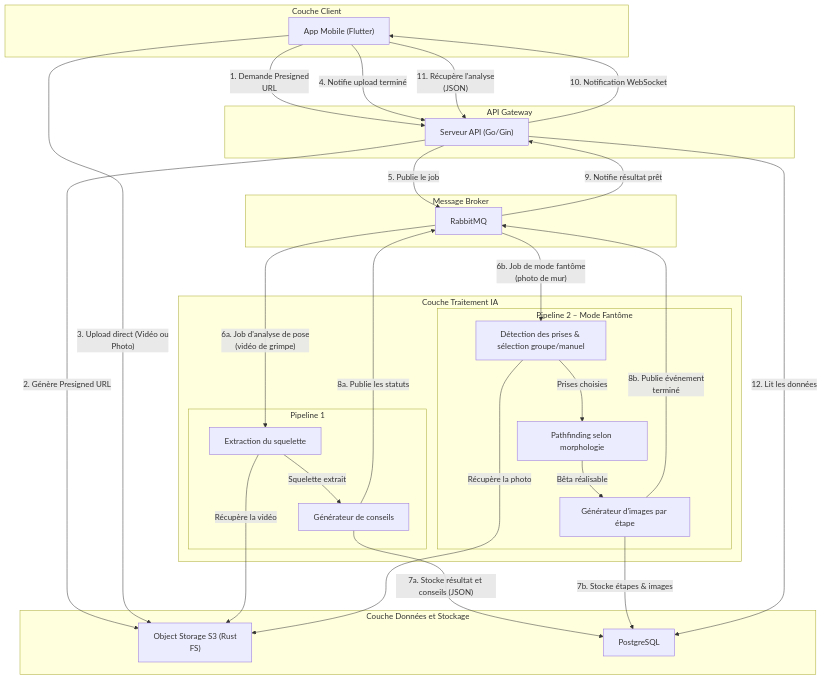
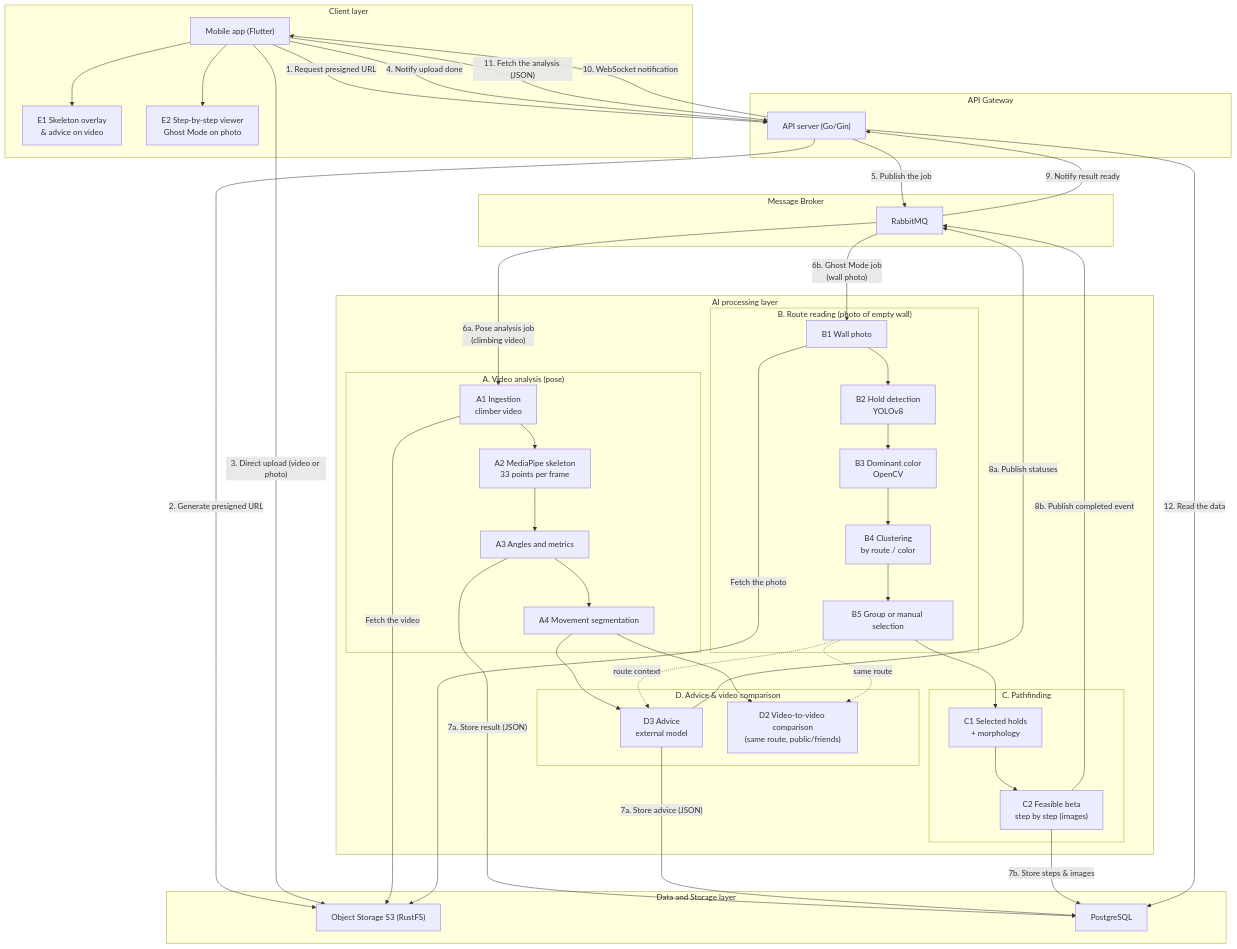
One commit to Ascension-EIP/Ascension changed the diagram in docs/Ascension/developer/apps/ai/overview.md. Above: the diagram before and after it, drawn with Mermaid. The commit also changed other lines of this file and 2 other files, not shown here.

Commit message:
docs(ai): translate the AI docs to English and link both pipelines in the overview diagram
The overview flow diagram now reuses the blocks of the 2D pipeline decomposition and links route reading to the advice and comparison blocks through the route context.

````diff
--- a/docs/Ascension/developer/apps/ai/overview.md
+++ b/docs/Ascension/developer/apps/ai/overview.md
@@ -43,57 +43,77 @@
 ```mermaid
 flowchart TD
-    subgraph Client ["Couche Client"]
-        App["App Mobile (Flutter)"]
+    subgraph Client ["Client layer"]
+        App["Mobile app (Flutter)"]
+        E1["E1 Skeleton overlay<br/>& advice on video"]
+        E2["E2 Step-by-step viewer<br/>Ghost Mode on photo"]
     end
 
     subgraph Gateway ["API Gateway"]
-        API["Serveur API (Go/Gin)"]
+        API["API server (Go/Gin)"]
     end
 
     subgraph Broker ["Message Broker"]
         RMQ["RabbitMQ"]
     end
 
-    subgraph IA ["Couche Traitement IA"]
-        subgraph P1 ["Pipeline 1"]
-            ExtSkel["Extraction du squelette"]
-            GenCons["Générateur de conseils"]
-            ExtSkel -->|"Squelette extrait"| GenCons
+    subgraph IA ["AI processing layer"]
+        subgraph A ["A. Video analysis (pose)"]
+            A1["A1 Ingestion<br/>climber video"] --> A2["A2 MediaPipe skeleton<br/>33 points per frame"]
+            A2 --> A3["A3 Angles and metrics"]
+            A3 --> A4["A4 Movement segmentation"]
         end
 
-        subgraph P2 ["Pipeline 2 – Mode Fantôme"]
-            ExtPrises["Détection des prises & sélection groupe/manuel"]
-            RechChemin["Pathfinding selon morphologie"]
-            GenFantome["Générateur d'images par étape"]
-            ExtPrises -->|"Prises choisies"| RechChemin
-            RechChemin -->|"Bêta réalisable"| GenFantome
+        subgraph D ["D. Advice & video comparison"]
+            D3["D3 Advice<br/>external model"]
+            D2["D2 Video-to-video comparison<br/>(same route, public/friends)"]
         end
+
+        subgraph B ["B. Route reading (photo of empty wall)"]
+            B1["B1 Wall photo"] --> B2["B2 Hold detection<br/>YOLOv8"]
+            B2 --> B3["B3 Dominant color<br/>OpenCV"]
+            B3 --> B4["B4 Clustering<br/>by route / color"]
+            B4 --> B5["B5 Group or manual selection"]
+        end
+
+        subgraph C ["C. Pathfinding"]
+            C1["C1 Selected holds<br/>+ morphology"] --> C2["C2 Feasible beta<br/>step by step (images)"]
+        end
+
+        A4 --> D3
+        A4 --> D2
+        B5 --> C1
+        B5 -.->|"route context"| D3
+        B5 -.->|"same route"| D2
     end
 
-    subgraph Data ["Couche Données et Stockage"]
-        S3["Object Storage S3 (Rust<br/>FS)"]
+    subgraph Data ["Data and Storage layer"]
+        S3["Object Storage S3 (RustFS)"]
         PG["PostgreSQL"]
     end
 
-    %% Flux de communication (1 à 12)
-    App -->|"1. Demande Presigned<br/>URL"| API
-    API -->|"2. Génère Presigned URL"| S3
-    App -->|"3. Upload direct (Vidéo ou<br/>Photo)"| S3
-    App -->|"4. Notifie upload terminé"| API
-    API -->|"5. Publie le job"| RMQ
+    %% Communication flow (1 to 12)
+    App -->|"1. Request presigned URL"| API
+    API -->|"2. Generate presigned URL"| S3
+    App -->|"3. Direct upload (video or photo)"| S3
+    App -->|"4. Notify upload done"| API
+    API -->|"5. Publish the job"| RMQ
 
-    RMQ -->|"6a. Job d'analyse de pose<br/>(vidéo de grimpe)"| ExtSkel
-    ExtSkel -->|"Récupère la vidéo"| S3
-    GenCons -->|"7a. Stocke résultat et conseils (JSON)"| PG
-    GenCons -->|"8a. Publie les statuts"| RMQ
+    RMQ -->|"6a. Pose analysis job<br/>(climbing video)"| A1
+    A1 -->|"Fetch the video"| S3
+    A3 -->|"7a. Store result (JSON)"| PG
+    D3 -->|"7a. Store advice (JSON)"| PG
+    D3 -->|"8a. Publish statuses"| RMQ
 
-    RMQ -->|"6b. Job de mode fantôme<br/>(photo de mur)"| ExtPrises
-    ExtPrises -->|"Récupère la photo"| S3
-    GenFantome -->|"7b. Stocke étapes & images"| PG
-    GenFantome -->|"8b. Publie événement<br/>terminé"| RMQ
+    RMQ -->|"6b. Ghost Mode job<br/>(wall photo)"| B1
+    B1 -->|"Fetch the photo"| S3
+    C2 -->|"7b. Store steps & images"| PG
+    C2 -->|"8b. Publish completed event"| RMQ
 
-    RMQ -->|"9. Notifie résultat prêt"| API
-    API -->|"10. Notification WebSocket"| App
-    App -->|"11. Récupère l'analyse<br/>(JSON)"| API
-    API -->|"12. Lit les données"| PG
+    RMQ -->|"9. Notify result ready"| API
+    API -->|"10. WebSocket notification"| App
+    App -->|"11. Fetch the analysis (JSON)"| API
+    API -->|"12. Read the data"| PG
+
+    App --> E1
+    App --> E2
 ```
````
